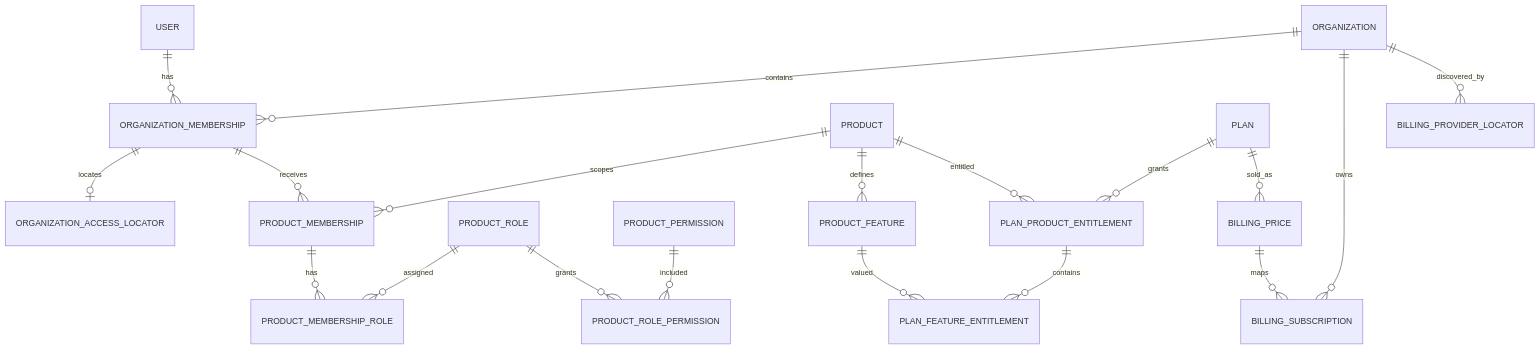
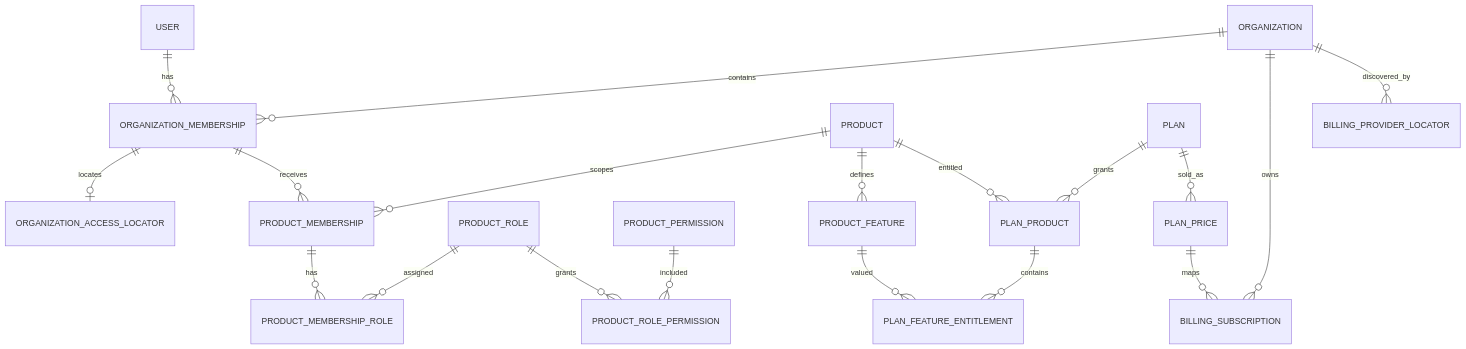
The diagram in docs/data_model.md (alekpopovic/RailsSass), drawn with Mermaid before and after one commit. The commit also changed other lines of this file and 30 other files, not shown here.

Commit message:
feat(catalog): add local product and plan catalog

````diff
--- a/docs/data_model.md
+++ b/docs/data_model.md
@@ -60,21 +61,21 @@
 ```mermaid
 erDiagram
   USER ||--o{ ORGANIZATION_MEMBERSHIP : has
   ORGANIZATION ||--o{ ORGANIZATION_MEMBERSHIP : contains
   ORGANIZATION_MEMBERSHIP ||--o| ORGANIZATION_ACCESS_LOCATOR : locates
   ORGANIZATION_MEMBERSHIP ||--o{ PRODUCT_MEMBERSHIP : receives
   PRODUCT ||--o{ PRODUCT_MEMBERSHIP : scopes
   PRODUCT_MEMBERSHIP ||--o{ PRODUCT_MEMBERSHIP_ROLE : has
   PRODUCT_ROLE ||--o{ PRODUCT_MEMBERSHIP_ROLE : assigned
   PRODUCT_ROLE ||--o{ PRODUCT_ROLE_PERMISSION : grants
   PRODUCT_PERMISSION ||--o{ PRODUCT_ROLE_PERMISSION : included
   PRODUCT ||--o{ PRODUCT_FEATURE : defines
-  PLAN ||--o{ PLAN_PRODUCT_ENTITLEMENT : grants
-  PRODUCT ||--o{ PLAN_PRODUCT_ENTITLEMENT : entitled
-  PLAN_PRODUCT_ENTITLEMENT ||--o{ PLAN_FEATURE_ENTITLEMENT : contains
+  PLAN ||--o{ PLAN_PRODUCT : grants
+  PRODUCT ||--o{ PLAN_PRODUCT : entitled
+  PLAN_PRODUCT ||--o{ PLAN_FEATURE_ENTITLEMENT : contains
   PRODUCT_FEATURE ||--o{ PLAN_FEATURE_ENTITLEMENT : valued
-  PLAN ||--o{ BILLING_PRICE : sold_as
+  PLAN ||--o{ PLAN_PRICE : sold_as
   ORGANIZATION ||--o{ BILLING_SUBSCRIPTION : owns
-  BILLING_PRICE ||--o{ BILLING_SUBSCRIPTION : maps
+  PLAN_PRICE ||--o{ BILLING_SUBSCRIPTION : maps
   ORGANIZATION ||--o{ BILLING_PROVIDER_LOCATOR : discovered_by
 ```
````
